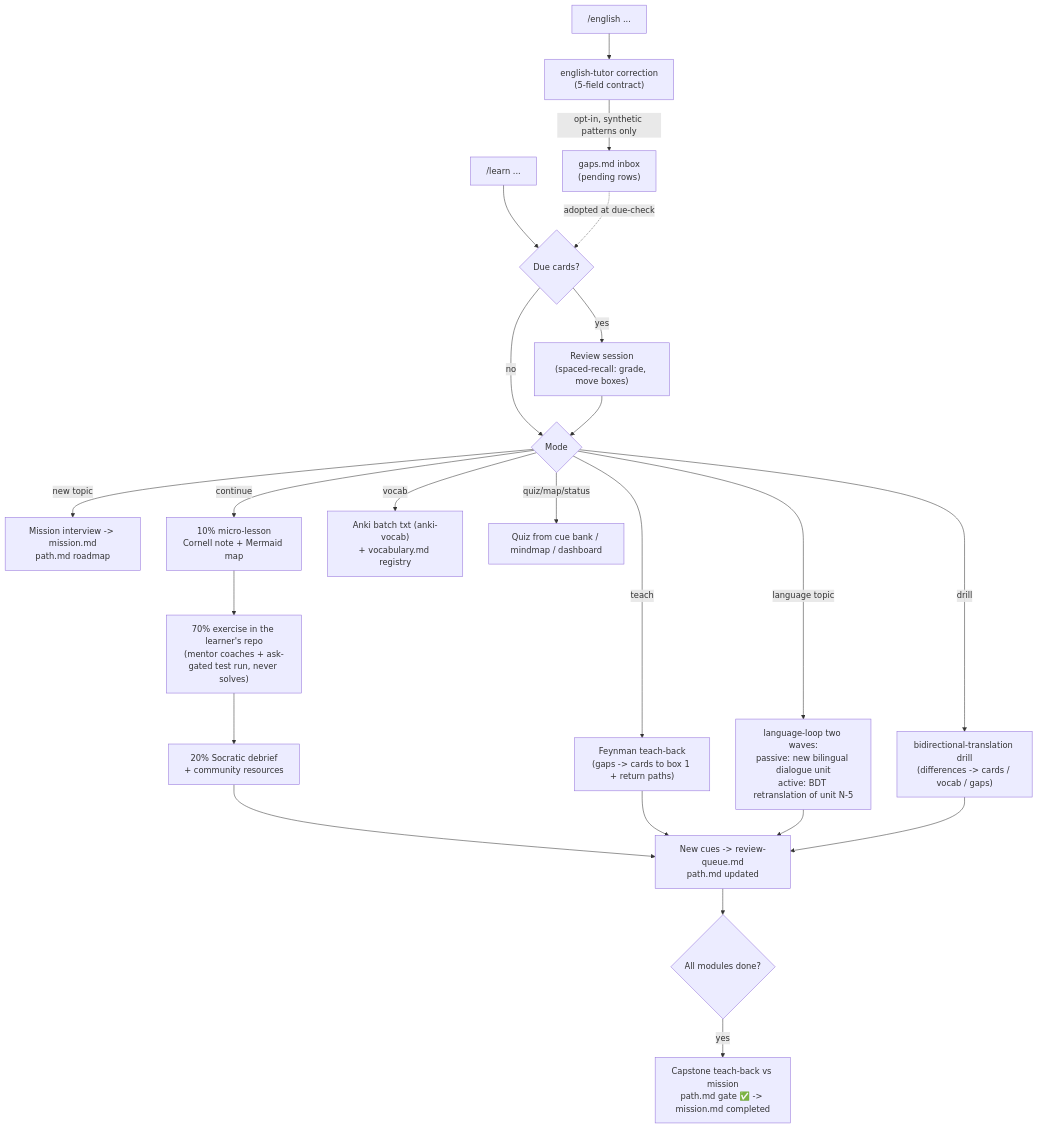
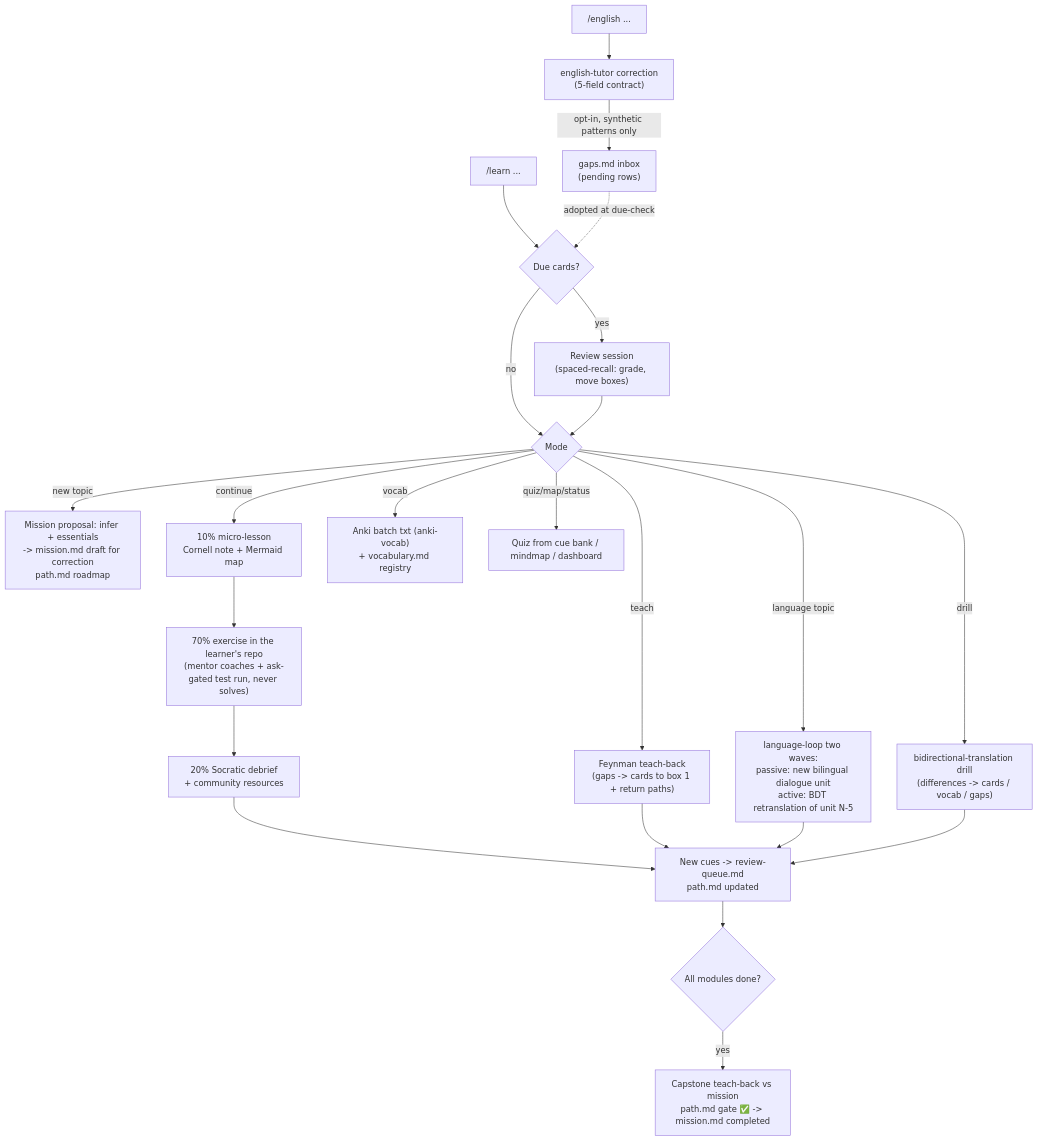
The diagram in domains/learning/README.md (andresnator/agents-orchestrator), drawn with Mermaid before and after one commit. The commit also changed 6 other files, not shown here.

Commit message:
feat: enhance learning documentation and templates with mission proposal details and cadence recommendations

````diff
--- a/domains/learning/README.md
+++ b/domains/learning/README.md
@@ -29,25 +29,25 @@
 ```mermaid
 graph TD
     L["/learn ..."] --> D{Due cards?}
     D -- yes --> R["Review session<br/>(spaced-recall: grade, move boxes)"]
     D -- no --> M{Mode}
     R --> M
-    M -- new topic --> MI["Mission interview -> mission.md<br/>path.md roadmap"]
+    M -- new topic --> MI["Mission proposal: infer + essentials<br/>-> mission.md draft for correction<br/>path.md roadmap"]
     M -- continue --> TEN["10% micro-lesson<br/>Cornell note + Mermaid map"]
     TEN --> SEV["70% exercise in the learner's repo<br/>(mentor coaches + ask-gated test run, never solves)"]
     SEV --> TWE["20% Socratic debrief<br/>+ community resources"]
     TWE --> Q["New cues -> review-queue.md<br/>path.md updated"]
     Q --> DONE{All modules done?}
     DONE -- yes --> CAP["Capstone teach-back vs mission<br/>path.md gate ✅ -> mission.md completed"]
     M -- teach --> F["Feynman teach-back<br/>(gaps -> cards to box 1 + return paths)"]
     F --> Q
     M -- vocab --> V["Anki batch txt (anki-vocab)<br/>+ vocabulary.md registry"]
     M -- quiz/map/status --> A["Quiz from cue bank / mindmap / dashboard"]
     M -- language topic --> LW["language-loop two waves:<br/>passive: new bilingual dialogue unit<br/>active: BDT retranslation of unit N-5"]
     M -- drill --> BDT["bidirectional-translation drill<br/>(differences -> cards / vocab / gaps)"]
     LW --> Q
     BDT --> Q
     E["/english ..."] --> ET["english-tutor correction<br/>(5-field contract)"]
     ET -- opt-in, synthetic patterns only --> GI["gaps.md inbox<br/>(pending rows)"]
     GI -. adopted at due-check .-> D
 ```
````
